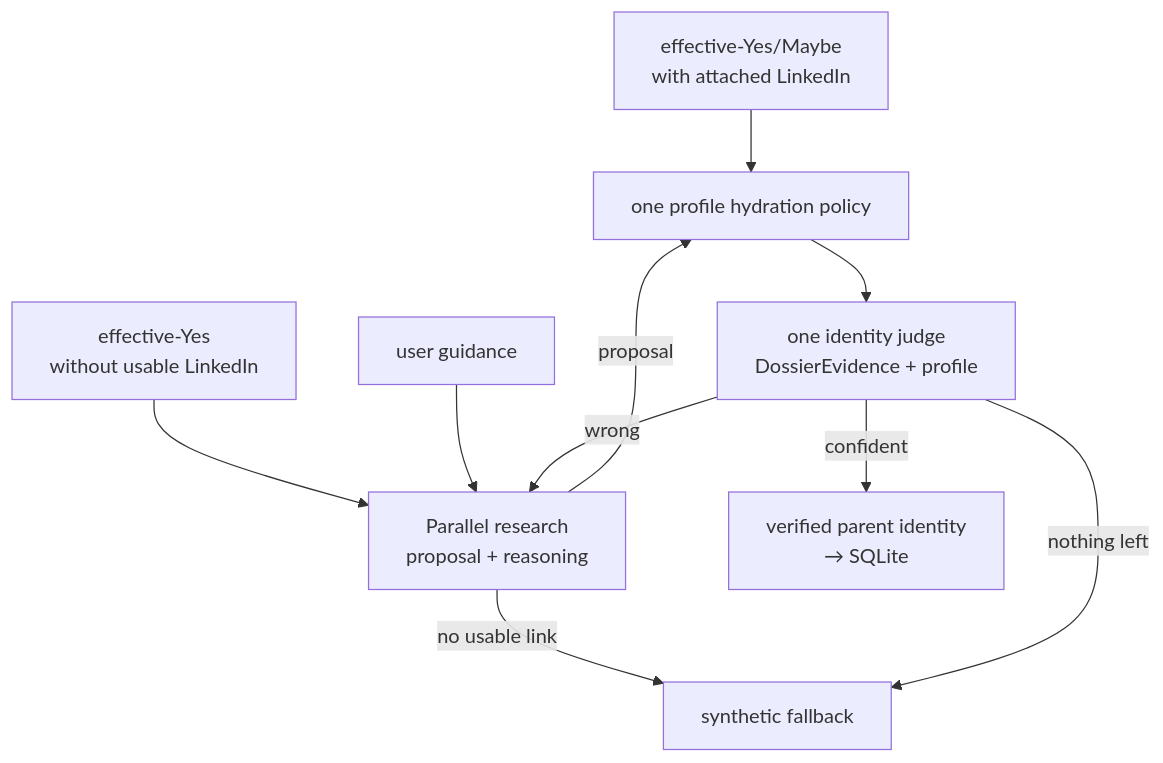
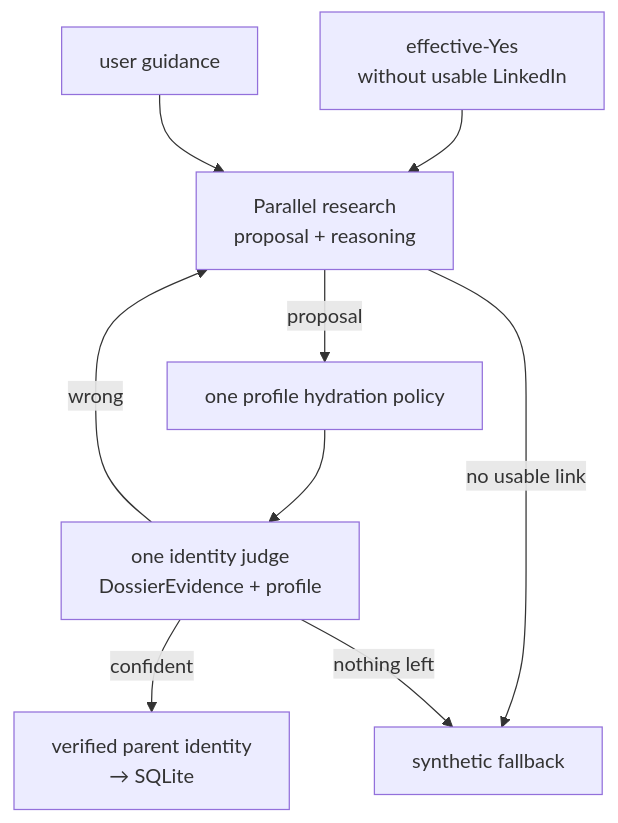
One commit to powerset-co/powerpacks changed the third of 3 diagrams in packs/ingestion/primitives/deep_context/README.md. Above: the diagram before and after it, drawn with Mermaid. The commit also changed other lines of this file and 29 other files, not shown here.

````diff
--- a/packs/ingestion/primitives/deep_context/README.md
+++ b/packs/ingestion/primitives/deep_context/README.md
@@ -178,12 +180,11 @@
 ```mermaid
 flowchart TD
-  eligible["effective-Yes/Maybe\nwith attached LinkedIn"] --> hydrate["one profile hydration policy"]
   yes["effective-Yes\nwithout usable LinkedIn"] --> research["Parallel research\nproposal + reasoning"]
   guided["user guidance"] --> research
-  research -- proposal --> hydrate
+  research -- proposal --> hydrate["one profile hydration policy"]
   research -- no usable link --> synth["synthetic fallback"]
   hydrate --> judge["one identity judge\nDossierEvidence + profile"]
   judge -- confident --> verified["verified parent identity\n→ SQLite"]
   judge -- wrong --> research
   judge -- nothing left --> synth
 ```
````
